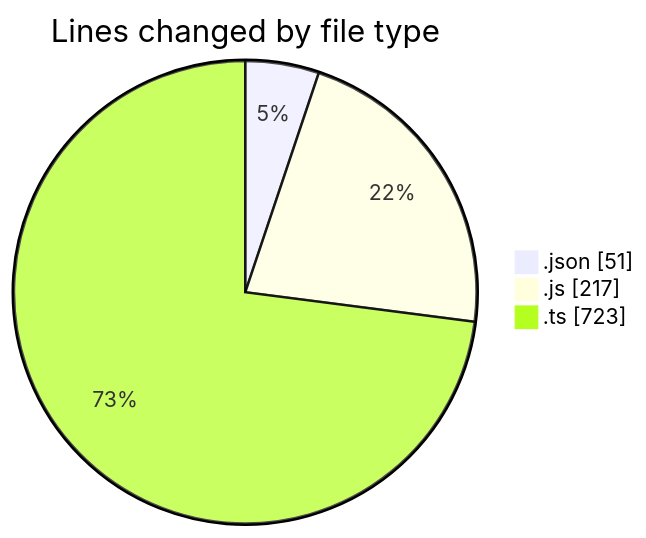
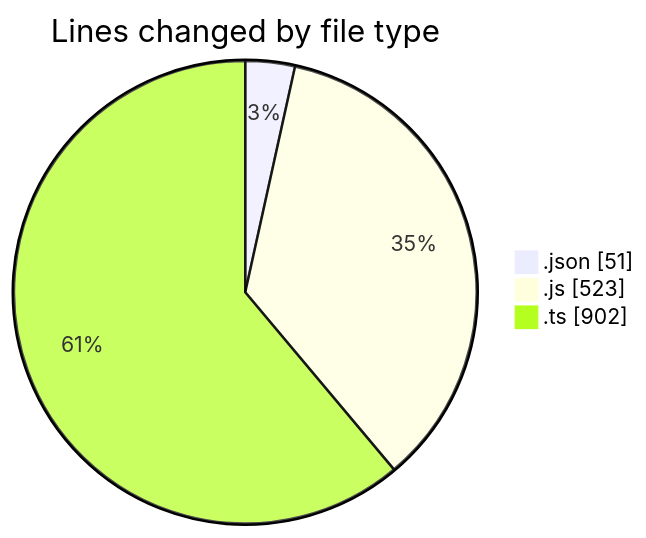
One commit to momahboobian/code-tracking changed the first of 2 diagrams in 2025-10-08/cda/README.md. Above: the diagram before and after it, drawn with Mermaid. The commit also changed other lines of this file and 1 other file, not shown here.

````diff
--- a/2025-10-08/cda/README.md
+++ b/2025-10-08/cda/README.md
@@ -24,7 +25,7 @@
 ```mermaid
 pie showData
 title Lines changed by file type
 ".json" : 51
-".js" : 217
-".ts" : 723
+".js" : 523
+".ts" : 902
 ```
````
